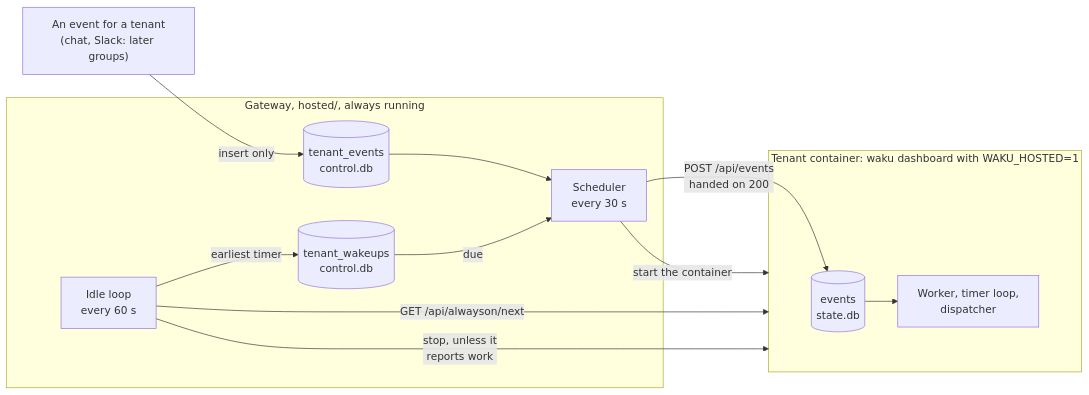
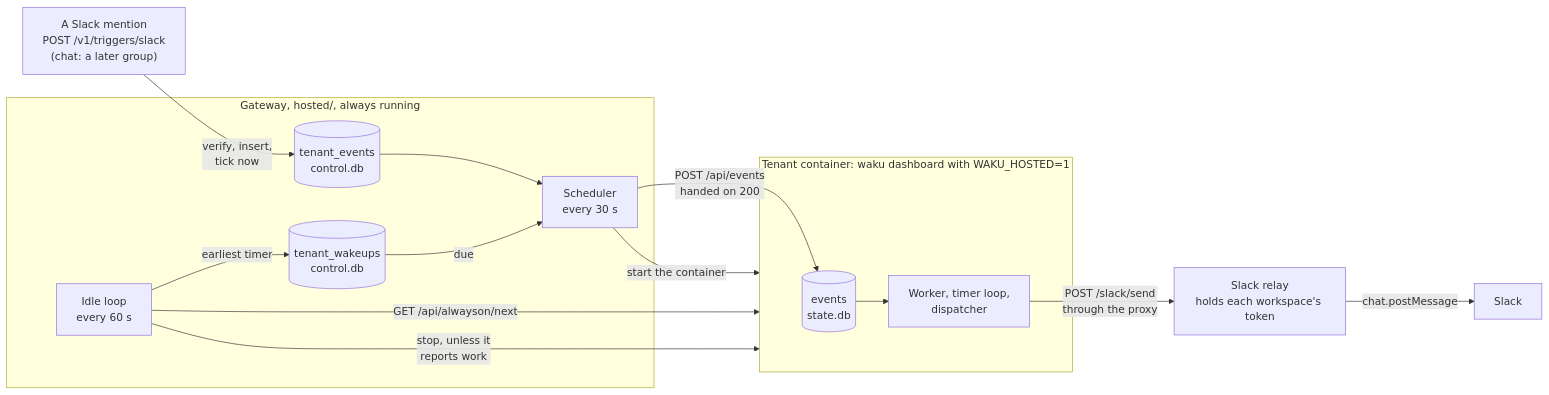
The fourth of 4 diagrams in docs/architecture.md (ShenSeanChen/waku-agent), drawn with Mermaid before and after one commit. The commit also changed other lines of this file and 3 other files, not shown here.

````diff
--- a/docs/architecture.md
+++ b/docs/architecture.md
@@ -148,18 +148,20 @@
 ```mermaid
 flowchart LR
-  SRC["An event for a tenant<br/>(chat, Slack: later groups)"] -->|insert only| TE[("tenant_events<br/>control.db")]
+  SRC["A Slack mention<br/>POST /v1/triggers/slack<br/>(chat: a later group)"] -->|"verify, insert,<br/>tick now"| TE[("tenant_events<br/>control.db")]
   TW[("tenant_wakeups<br/>control.db")]
   subgraph GW["Gateway, hosted/, always running"]
     TE --> S["Scheduler<br/>every 30 s"]
     TW -->|due| S
     IL["Idle loop<br/>every 60 s"]
   end
   subgraph CT["Tenant container: waku dashboard with WAKU_HOSTED=1"]
     EV[("events<br/>state.db")] --> W["Worker, timer loop,<br/>dispatcher"]
   end
   S -->|"start the container"| CT
   S -->|"POST /api/events<br/>handed on 200"| EV
   IL -->|"GET /api/alwayson/next"| CT
   IL -->|"earliest timer"| TW
   IL -->|"stop, unless it<br/>reports work"| CT
+  W -->|"POST /slack/send<br/>through the proxy"| RL["Slack relay<br/>holds each workspace's token"]
+  RL -->|chat.postMessage| SLK["Slack"]
 ```
````
